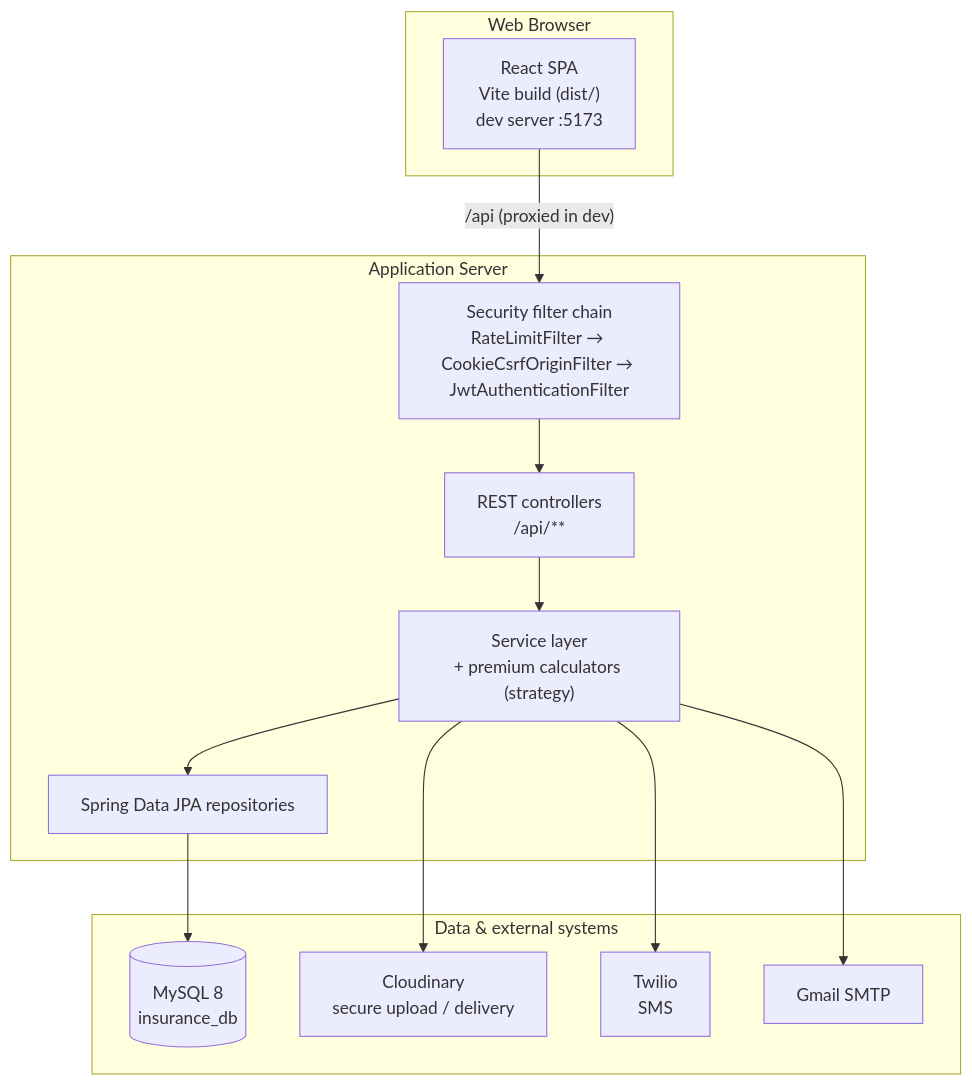
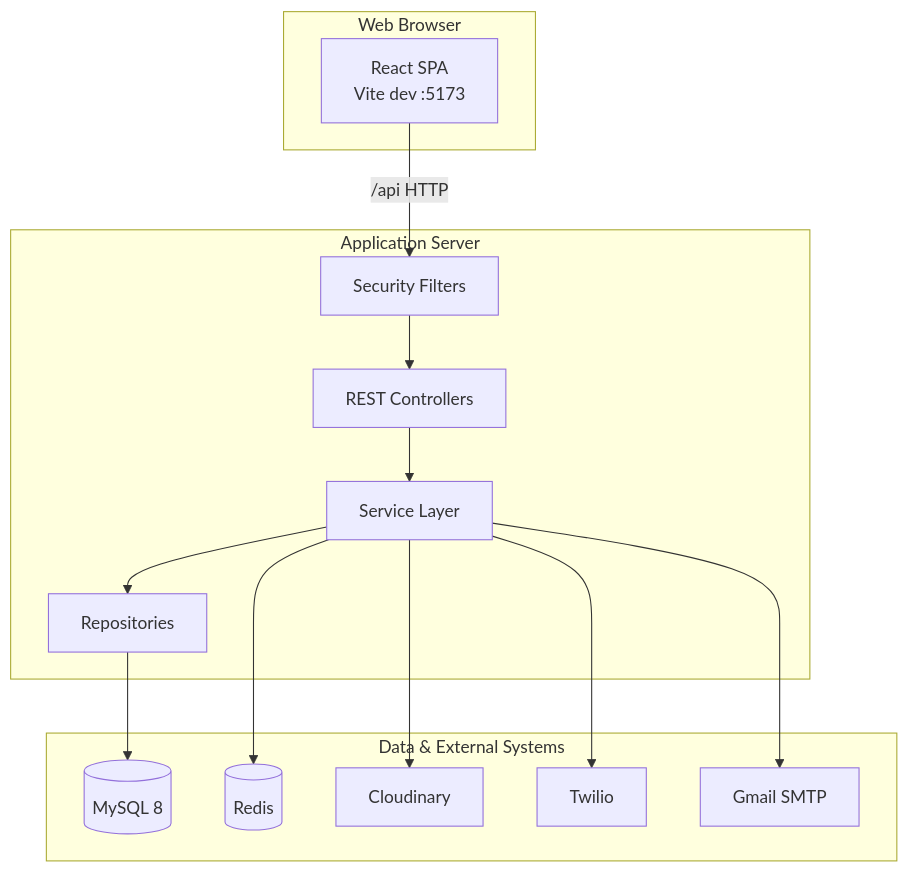
The fifth of 7 diagrams in docs/01_System_Architecture/High_Level_Architecture.md (Gurry-12/insurance-policy-claim-capstone-project), drawn with Mermaid before and after one commit. The commit also changed other lines of this file and 86 other files, not shown here.

````diff
--- a/docs/01_System_Architecture/High_Level_Architecture.md
+++ b/docs/01_System_Architecture/High_Level_Architecture.md
@@ -44,29 +100,31 @@
 ```mermaid
 flowchart TB
     subgraph BROWSER["Web Browser"]
-        SPA["React SPA<br/>Vite build (dist/)<br/>dev server :5173"]
+        SPA["React SPA<br/>Vite dev :5173"]
     end
 
     subgraph APP["Application Server"]
-        FILTER["Security filter chain<br/>RateLimitFilter → CookieCsrfOriginFilter → JwtAuthenticationFilter"]
-        CTRL["REST controllers<br/>/api/**"]
-        SVC["Service layer<br/>+ premium calculators (strategy)"]
-        REPO["Spring Data JPA repositories"]
+        FILTER["Security Filters"]
+        CTRL["REST Controllers"]
+        SVC["Service Layer"]
+        REPO["Repositories"]
     end
 
-    subgraph DATA["Data & external systems"]
-        MYSQL[("MySQL 8<br/>insurance_db")]
-        CLOUD["Cloudinary<br/>secure upload / delivery"]
-        TWILIO["Twilio<br/>SMS"]
+    subgraph DATA["Data & External Systems"]
+        MYSQL[("MySQL 8")]
+        REDIS[("Redis")]
+        CLOUD["Cloudinary"]
+        TWILIO["Twilio"]
         SMTP["Gmail SMTP"]
     end
 
-    SPA -->|"/api (proxied in dev)"| FILTER
+    SPA -->|"/api HTTP"| FILTER
     FILTER --> CTRL
     CTRL --> SVC
     SVC --> REPO
     REPO --> MYSQL
+    SVC --> REDIS
     SVC --> CLOUD
     SVC --> TWILIO
     SVC --> SMTP
 ```
````
